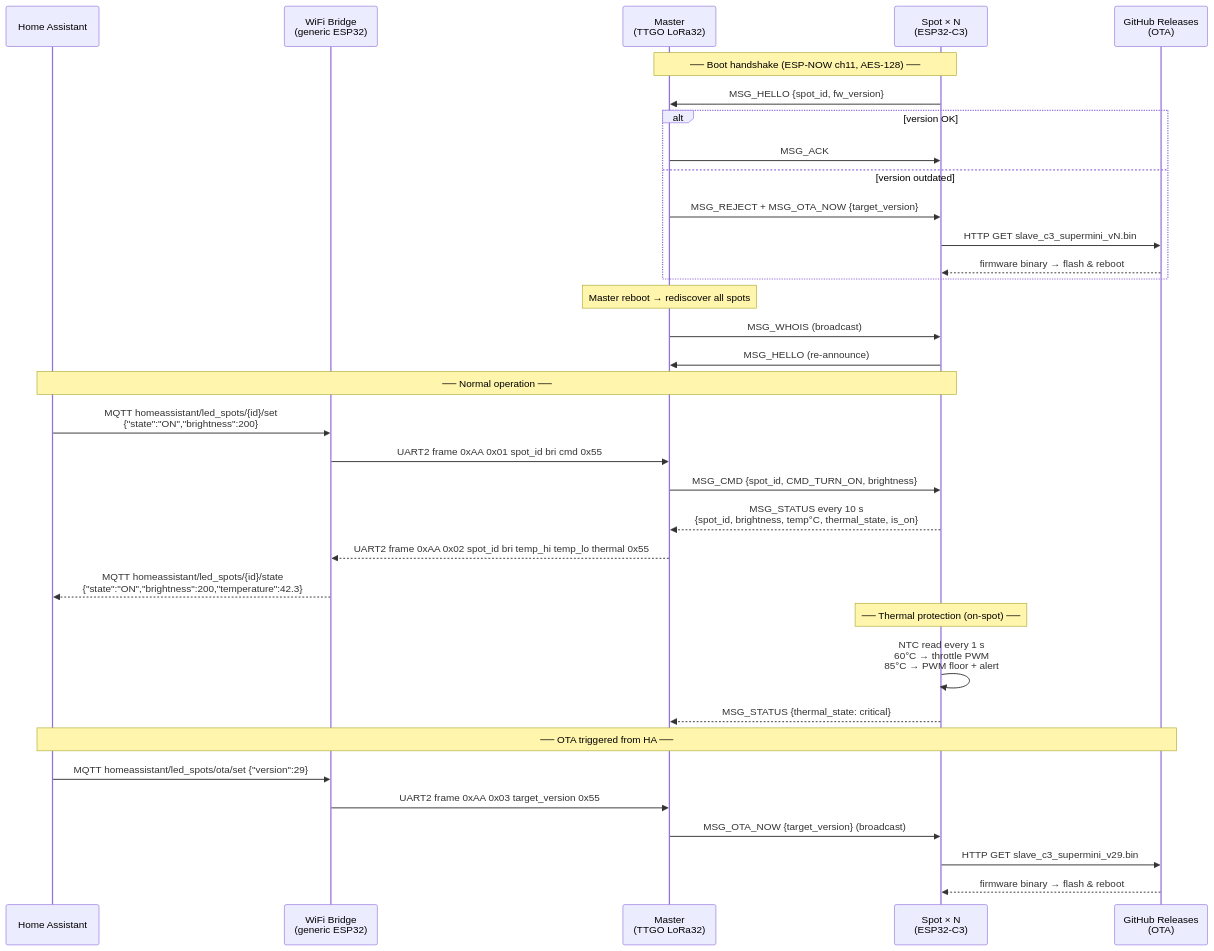
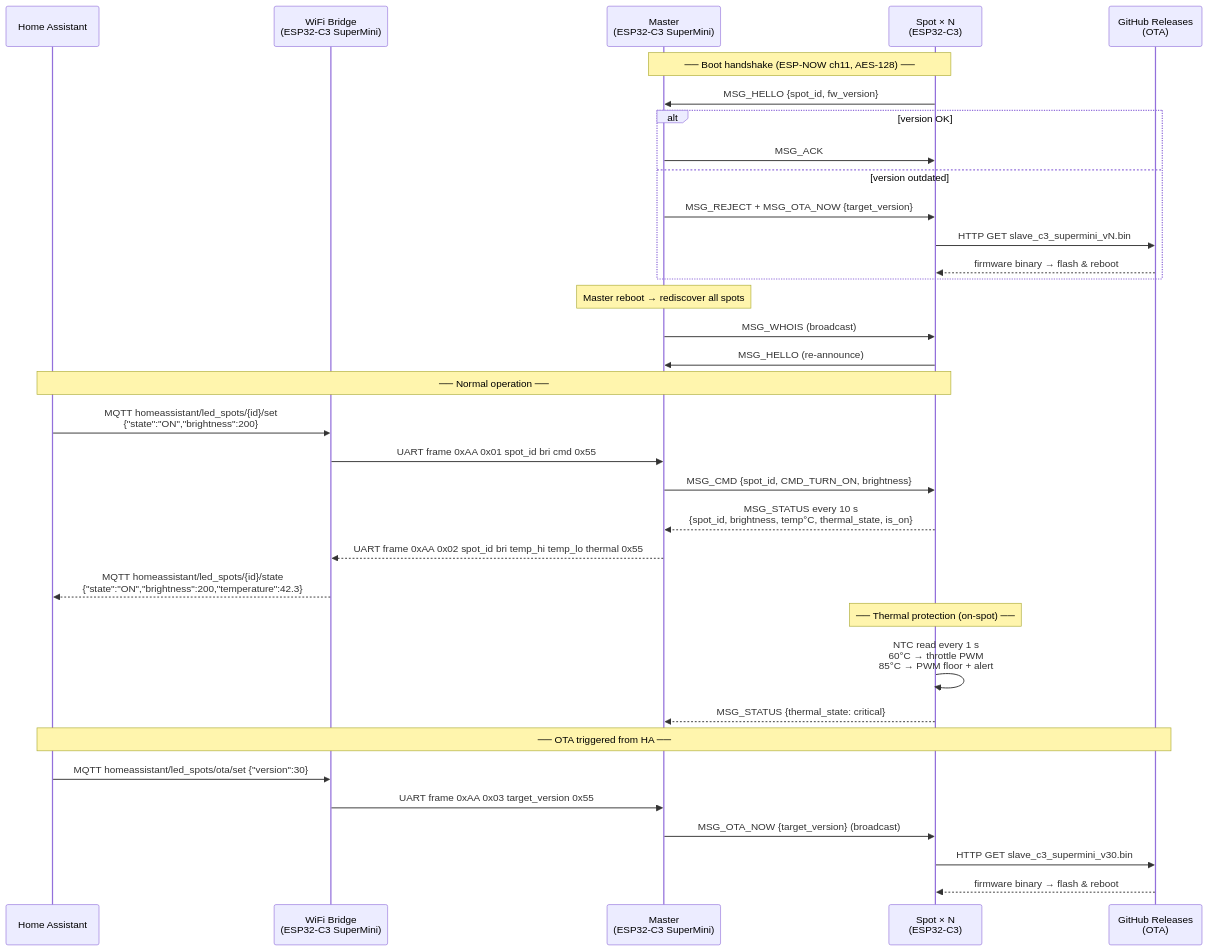
The second of 2 diagrams in README.md (FaisalHussain95/esp32-espnow-led-spots), drawn with Mermaid before and after one commit. The commit also changed other lines of this file and 5 other files, not shown here.

````diff
--- a/README.md
+++ b/README.md
@@ -125,42 +125,42 @@
 ```mermaid
 sequenceDiagram
     participant HA as Home Assistant
-    participant BR as WiFi Bridge<br/>(generic ESP32)
-    participant MA as Master<br/>(TTGO LoRa32)
+    participant BR as WiFi Bridge<br/>(ESP32-C3 SuperMini)
+    participant MA as Master<br/>(ESP32-C3 SuperMini)
     participant SP as Spot × N<br/>(ESP32-C3)
     participant GH as GitHub Releases<br/>(OTA)
 
     note over SP,MA: ── Boot handshake (ESP-NOW ch11, AES-128) ──
     SP->>MA: MSG_HELLO {spot_id, fw_version}
     alt version OK
         MA->>SP: MSG_ACK
     else version outdated
         MA->>SP: MSG_REJECT + MSG_OTA_NOW {target_version}
         SP->>GH: HTTP GET slave_c3_supermini_vN.bin
         GH-->>SP: firmware binary → flash & reboot
     end
 
     note over MA: Master reboot → rediscover all spots
     MA->>SP: MSG_WHOIS (broadcast)
     SP->>MA: MSG_HELLO (re-announce)
 
     note over HA,SP: ── Normal operation ──
     HA->>BR: MQTT homeassistant/led_spots/{id}/set<br/>{"state":"ON","brightness":200}
-    BR->>MA: UART2 frame 0xAA 0x01 spot_id bri cmd 0x55
+    BR->>MA: UART frame 0xAA 0x01 spot_id bri cmd 0x55
     MA->>SP: MSG_CMD {spot_id, CMD_TURN_ON, brightness}
 
     SP-->>MA: MSG_STATUS every 10 s<br/>{spot_id, brightness, temp°C, thermal_state, is_on}
-    MA-->>BR: UART2 frame 0xAA 0x02 spot_id bri temp_hi temp_lo thermal 0x55
+    MA-->>BR: UART frame 0xAA 0x02 spot_id bri temp_hi temp_lo thermal 0x55
     BR-->>HA: MQTT homeassistant/led_spots/{id}/state<br/>{"state":"ON","brightness":200,"temperature":42.3}
 
     note over SP: ── Thermal protection (on-spot) ──
     SP->>SP: NTC read every 1 s<br/>60°C → throttle PWM<br/>85°C → PWM floor + alert
     SP-->>MA: MSG_STATUS {thermal_state: critical}
 
     note over HA,GH: ── OTA triggered from HA ──
-    HA->>BR: MQTT homeassistant/led_spots/ota/set {"version":29}
-    BR->>MA: UART2 frame 0xAA 0x03 target_version 0x55
+    HA->>BR: MQTT homeassistant/led_spots/ota/set {"version":30}
+    BR->>MA: UART frame 0xAA 0x03 target_version 0x55
     MA->>SP: MSG_OTA_NOW {target_version} (broadcast)
-    SP->>GH: HTTP GET slave_c3_supermini_v29.bin
+    SP->>GH: HTTP GET slave_c3_supermini_v30.bin
     GH-->>SP: firmware binary → flash & reboot
 ```
````
